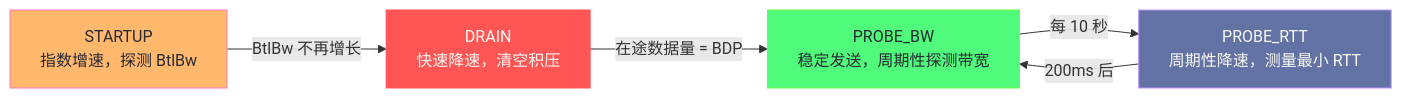
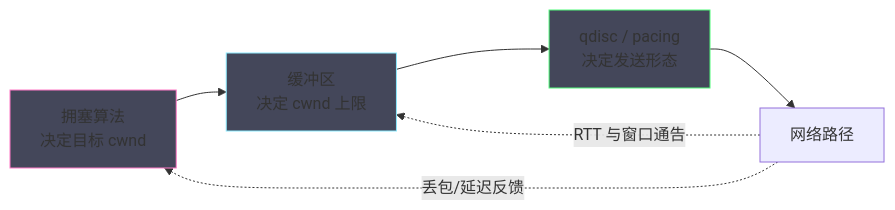
Before and after one commit to hpliStartAgain/my-brain: the fifth of 5 diagrams in content/Linux/网络协议栈与IO/06 TCP 性能调优——拥塞控制、Nagle 与缓冲区优化.md, drawn with Mermaid. The commit also changed other lines of this file and 47 other files, not shown here.

````diff
--- a/content/Linux/网络协议栈与IO/06 TCP 性能调优——拥塞控制、Nagle 与缓冲区优化.md
+++ b/content/Linux/网络协议栈与IO/06 TCP 性能调优——拥塞控制、Nagle 与缓冲区优化.md
@@ -153,18 +379,12 @@
 ```mermaid
 %%{init: {'theme': 'dracula'}}%%
-graph LR
-    classDef startup fill:#ffb86c,stroke:#ff79c6,color:#282a36
-    classDef drain fill:#ff5555,stroke:#ff5555,color:#f8f8f2
-    classDef probe fill:#50fa7b,stroke:#69ff47,color:#282a36
-    classDef probeRTT fill:#6272a4,stroke:#bd93f9,color:#f8f8f2
-
-    S["STARTUP</br>指数增速，探测 BtlBw"]:::startup
-    D["DRAIN</br>快速降速，清空积压"]:::drain
-    PB["PROBE_BW</br>稳定发送，周期性探测带宽"]:::probe
-    PR["PROBE_RTT</br>周期性降速，测量最小 RTT"]:::probeRTT
-
-    S -->|"BtlBw 不再增长"| D
-    D -->|"在途数据量 = BDP"| PB
-    PB -->|"每 10 秒"| PR
-    PR -->|"200ms 后"| PB
+flowchart LR
+    ALGO["拥塞算法<br/>决定目标 cwnd"] --> BUF["缓冲区<br/>决定 cwnd 上限"]
+    BUF --> QD["qdisc / pacing<br/>决定发送形态"]
+    QD --> NET["网络路径"]
+    NET -.->|丢包/延迟反馈| ALGO
+    NET -.->|RTT 与窗口通告| BUF
+    style ALGO fill:#44475a,stroke:#ff79c6
+    style BUF fill:#44475a,stroke:#8be9fd
+    style QD fill:#44475a,stroke:#50fa7b
 ```
````
